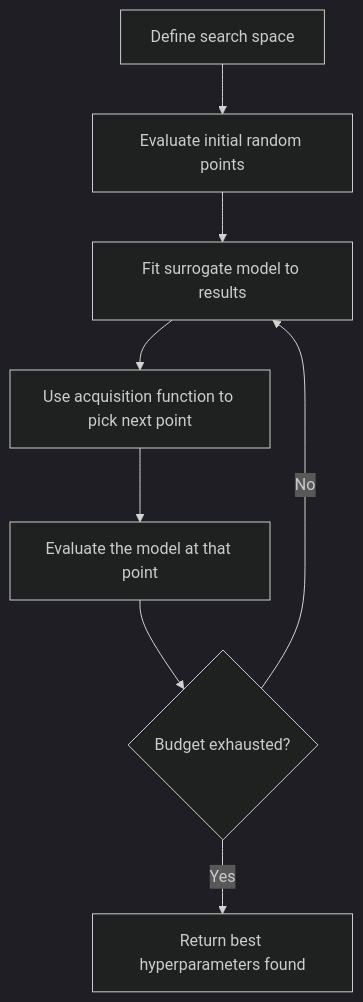
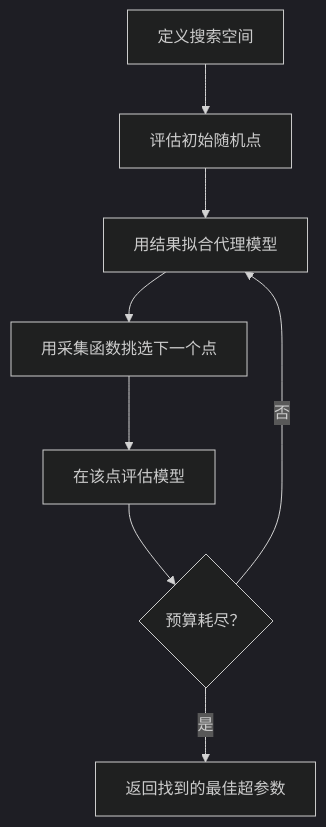
The second of 4 diagrams in phases/02-ml-fundamentals/12-hyperparameter-tuning/docs/zh.md (JerryC8080/ai-engineering-from-scratch-zh), drawn with Mermaid (dark theme) before and after one commit. The commit also changed other lines of this file and 156 other files, not shown here.

First line of the commit message:
i18n(zh): translate mermaid diagram labels in 157 lesson zh.md

````diff
--- a/phases/02-ml-fundamentals/12-hyperparameter-tuning/docs/zh.md
+++ b/phases/02-ml-fundamentals/12-hyperparameter-tuning/docs/zh.md
@@ -89,10 +89,10 @@
 ```mermaid
 flowchart TD
-    A[Define search space] --> B[Evaluate initial random points]
-    B --> C[Fit surrogate model to results]
-    C --> D[Use acquisition function to pick next point]
-    D --> E[Evaluate the model at that point]
-    E --> F{Budget exhausted?}
-    F -->|No| C
-    F -->|Yes| G[Return best hyperparameters found]
+    A[定义搜索空间] --> B[评估初始随机点]
+    B --> C[用结果拟合代理模型]
+    C --> D[用采集函数挑选下一个点]
+    D --> E[在该点评估模型]
+    E --> F{预算耗尽？}
+    F -->|否| C
+    F -->|是| G[返回找到的最佳超参数]
 ```
````
